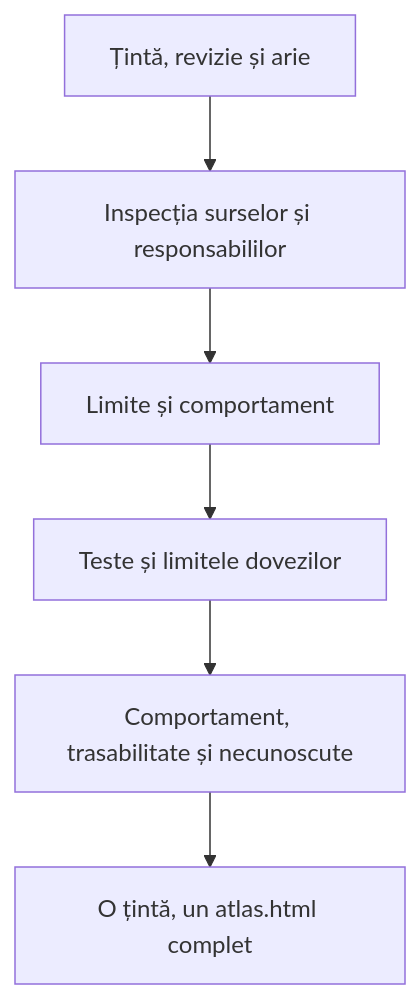
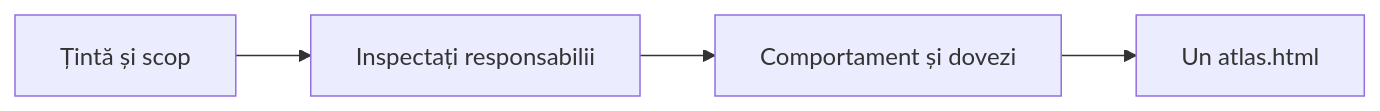
Before and after one commit to crististefanita/ATF_AI: the diagram in artifacts/atlas/README.md, drawn with Mermaid. The commit also changed other lines of this file and 111 other files, not shown here.

````diff
--- a/artifacts/atlas/README.md
+++ b/artifacts/atlas/README.md
@@ -39,8 +35,6 @@
 ```mermaid
-flowchart TB
-    Intake["Țintă, revizie și arie"] --> Inventory["Inspecția surselor și responsabililor"]
-    Inventory --> Contracts["Limite și comportament"]
-    Contracts --> Evidence["Teste și limitele dovezilor"]
-    Evidence --> Map["Comportament, trasabilitate și necunoscute"]
-    Map --> Report["O țintă, un atlas.html complet"]
+flowchart LR
+    Intake["Țintă și scop"] --> Inspect["Inspectați responsabilii"]
+    Inspect --> Trace["Comportament și dovezi"]
+    Trace --> Report["Un atlas.html"]
 ```
````
